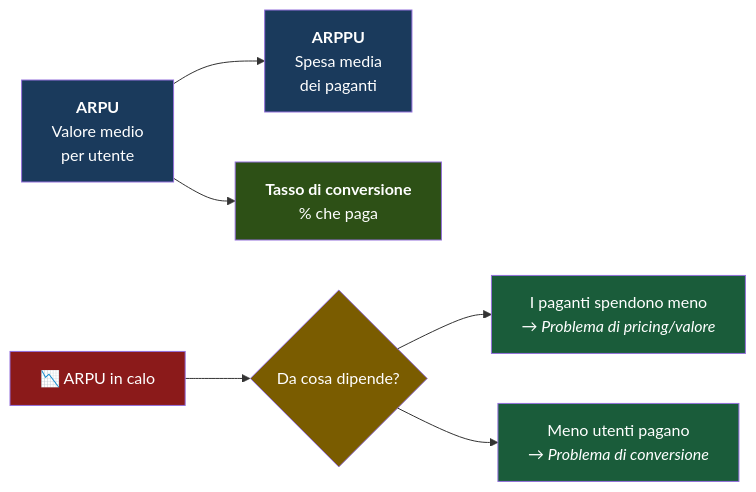
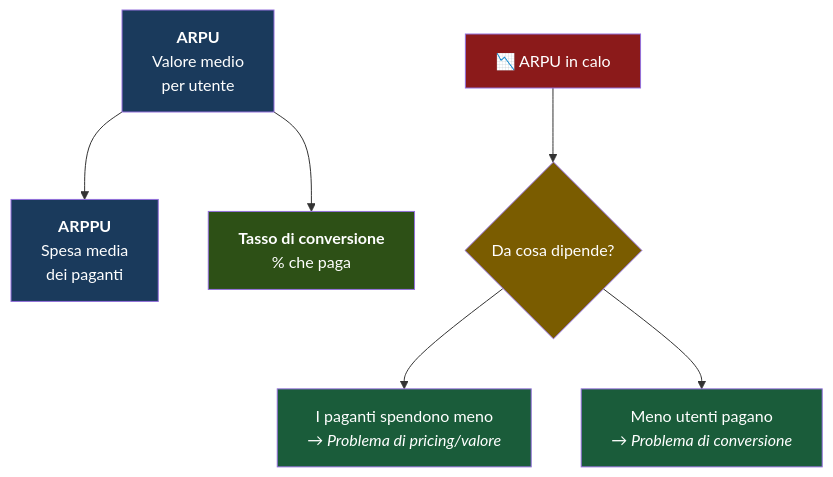
Before and after one commit to AndreyBertasini/gynnitech: the seventh of 12 diagrams in src/content/corso/analisi-prodotto/analisi-coorte.mdx, drawn with Mermaid. The commit also changed other lines of this file, not shown here.

First line of the commit message:
fix: convert graph LR to graph TD in analisi-coorte to prevent text truncation

````diff
--- a/src/content/corso/analisi-prodotto/analisi-coorte.mdx
+++ b/src/content/corso/analisi-prodotto/analisi-coorte.mdx
@@ -220,15 +220,15 @@
 ```mermaid
-graph LR
+graph TD
     ARPU["<b>ARPU</b><br/>Valore medio<br/>per utente"] --> ARPPU["<b>ARPPU</b><br/>Spesa media<br/>dei paganti"]
     ARPU --> CR["<b>Tasso di conversione</b><br/>% che paga"]
     ARPU_DOWN["📉 ARPU in calo"] --> Q{"Da cosa dipende?"}
     Q --> ARPPU_DOWN["I paganti spendono meno<br/><i>→ Problema di pricing/valore</i>"]
     Q --> CR_DOWN["Meno utenti pagano<br/><i>→ Problema di conversione</i>"]
     style ARPU fill:#1a3a5c,color:#ffffff
     style ARPPU fill:#1a3a5c,color:#ffffff
     style CR fill:#2d5016,color:#ffffff
     style ARPU_DOWN fill:#8b1a1a,color:#ffffff
     style Q fill:#7a5c00,color:#ffffff
     style ARPPU_DOWN fill:#1a5c3a,color:#ffffff
     style CR_DOWN fill:#1a5c3a,color:#ffffff
 ```
````
